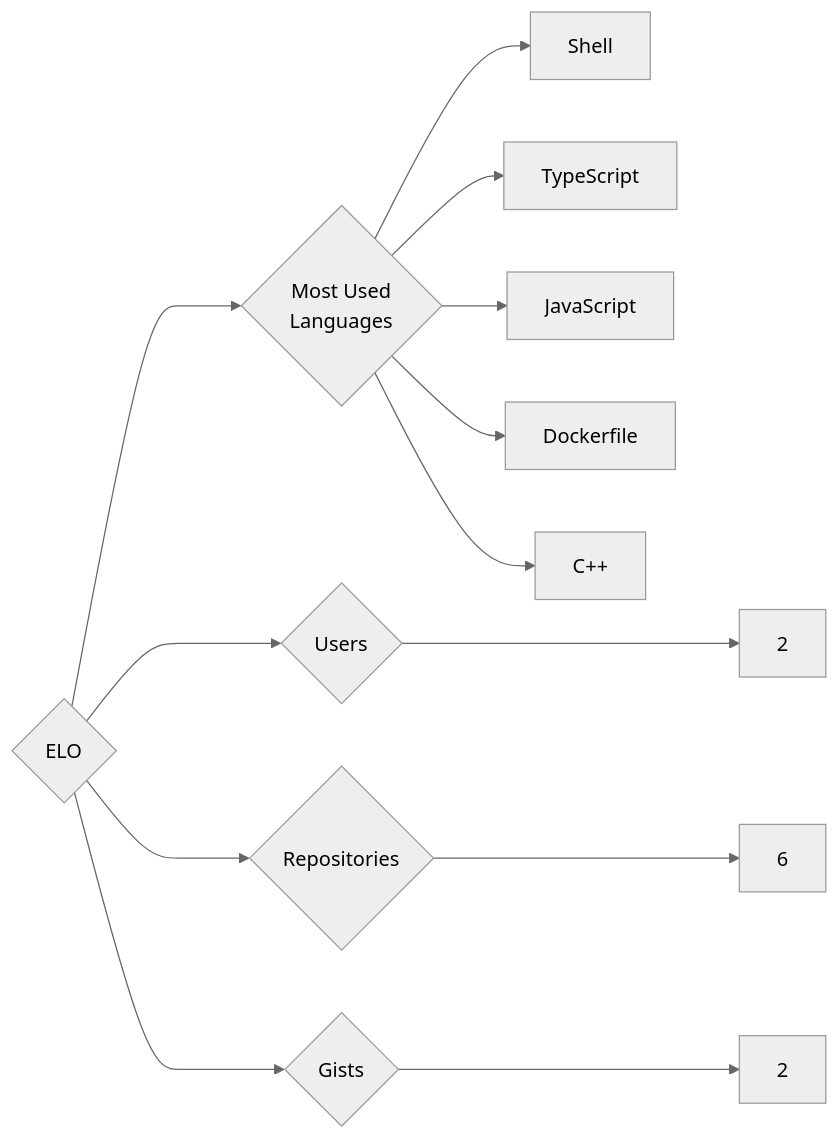
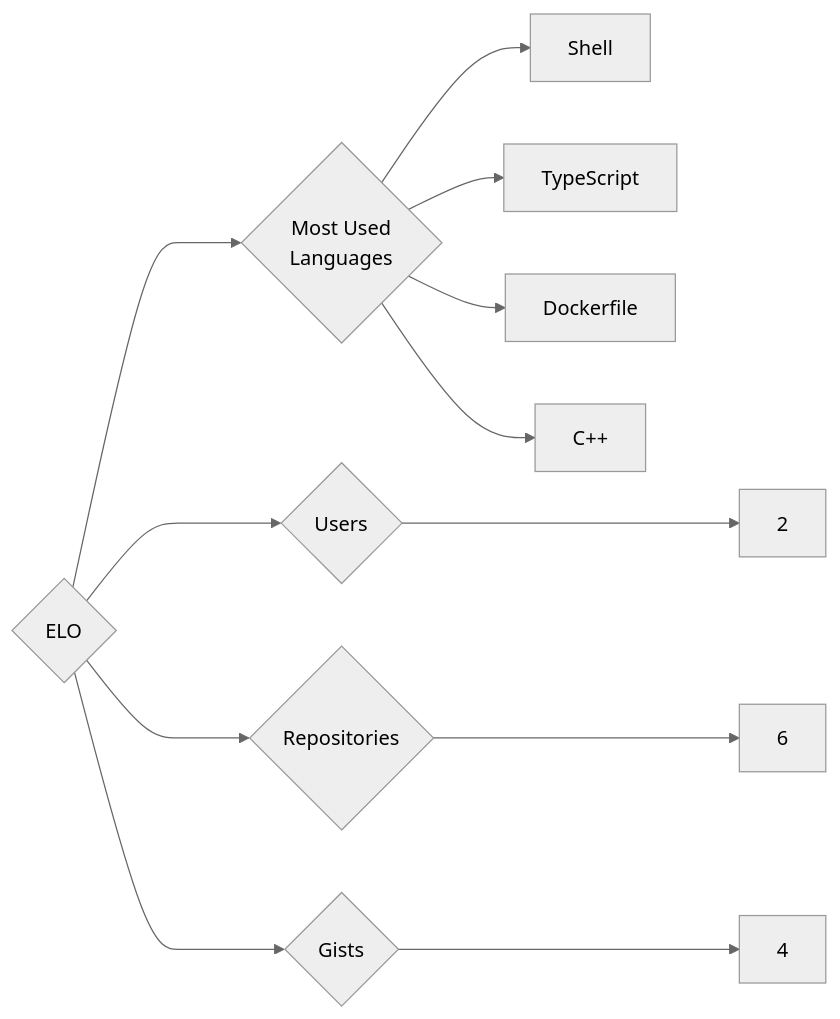
Before and after one commit to trickest/insiders: the diagram in targets/ELO/README.md, drawn with Mermaid (neutral theme). The commit also changed 938 other files, not shown here.

````diff
--- a/targets/ELO/README.md
+++ b/targets/ELO/README.md
@@ -3,13 +3,12 @@
 ```mermaid
 graph LR
 COMPANY_NAME{ELO}
 COMPANY_NAME ---> U{Users} ---> UN[2]
 COMPANY_NAME ---> R{Repositories} ---> RN[6]
-COMPANY_NAME ---> G{Gists} ---> GN[2]
+COMPANY_NAME ---> G{Gists} ---> GN[4]
 COMPANY_NAME ---> ML{Most Used<br>Languages}
 ML --> Shell[Shell]
 ML --> TypeScript[TypeScript]
-ML --> JavaScript[JavaScript]
 ML --> Dockerfile[Dockerfile]
 ML --> C++[C++]
 ```
````
